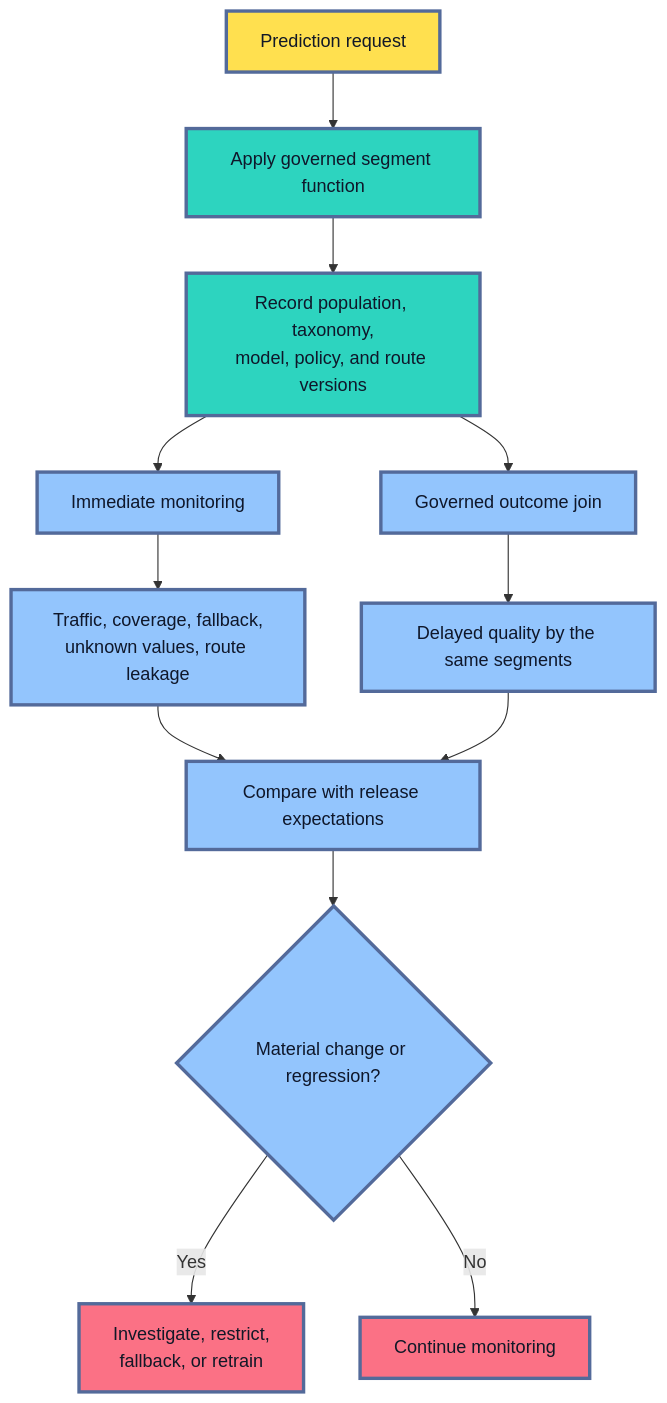
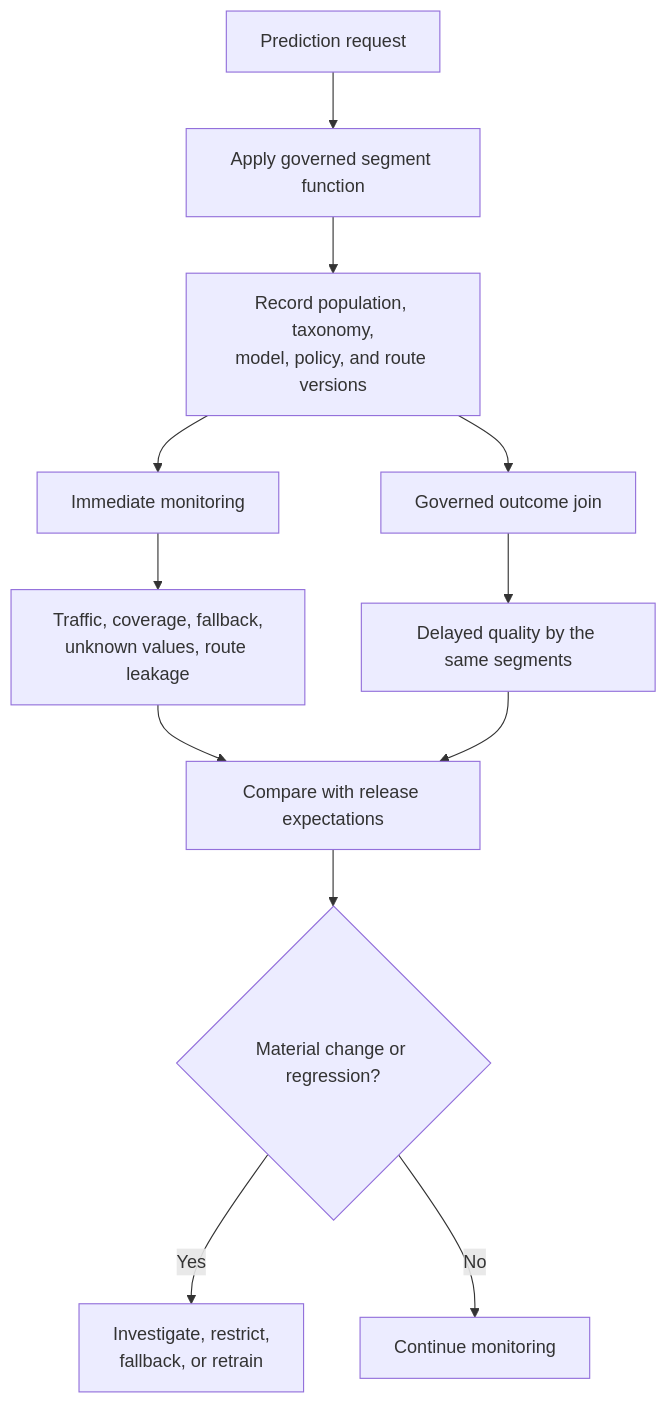
Before and after one commit to senlinyy/dev-roadmaps: diagram 12 of 12 in roadmaps/mlops/modules/model-evaluation/production-readiness/01-segment-evaluation-edge-cases.md, drawn with Mermaid. The commit also changed other lines of this file and 152 other files, not shown here.

Commit message:
feat: mlops and diagrams updated

````diff
--- a/roadmaps/mlops/modules/model-evaluation/production-readiness/01-segment-evaluation-edge-cases.md
+++ b/roadmaps/mlops/modules/model-evaluation/production-readiness/01-segment-evaluation-edge-cases.md
@@ -922,23 +885,19 @@
 ```mermaid
 flowchart TD
     A["Prediction request"] --> B["Apply governed segment function"]
     B --> C["Record population, taxonomy,<br/>model, policy, and route versions"]
     C --> D["Immediate monitoring"]
     C --> E["Governed outcome join"]
     D --> F["Traffic, coverage, fallback,<br/>unknown values, route leakage"]
     E --> G["Delayed quality by the same segments"]
     F --> H["Compare with release expectations"]
     G --> H
     H --> I{"Material change or regression?"}
     I -->|"Yes"| J["Investigate, restrict,<br/>fallback, or retrain"]
     I -->|"No"| K["Continue monitoring"]
 
-    classDef request fill:#FFE04F,stroke:#536A9A,stroke-width:3px,color:#111827
-    classDef record fill:#2DD4BF,stroke:#536A9A,stroke-width:3px,color:#0F172A
-    classDef monitor fill:#93C5FD,stroke:#536A9A,stroke-width:3px,color:#0F172A
-    classDef action fill:#FB7185,stroke:#536A9A,stroke-width:3px,color:#111827
     class A request
     class B,C record
     class D,E,F,G,H,I monitor
     class J,K action
 ```
````
